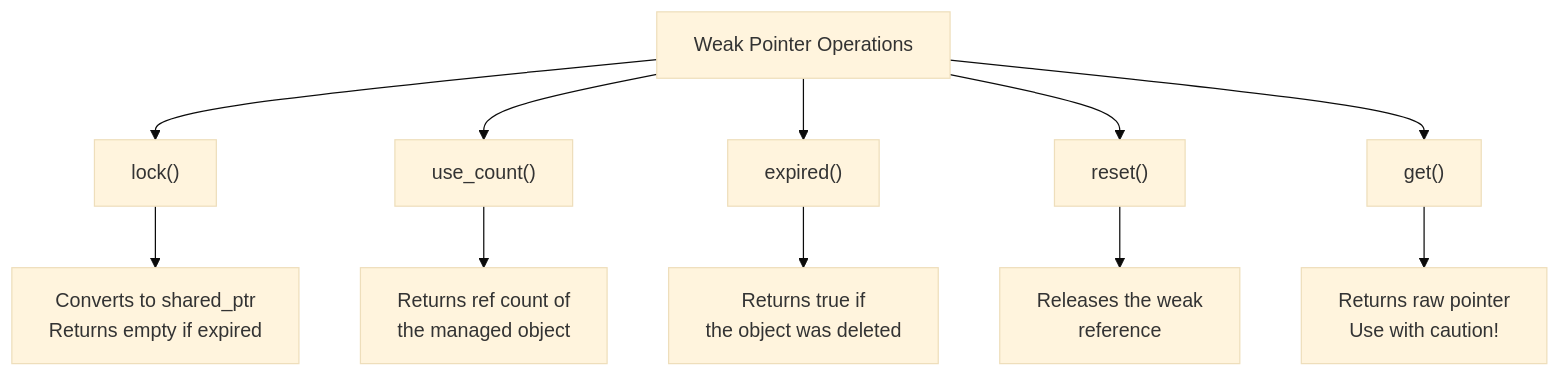
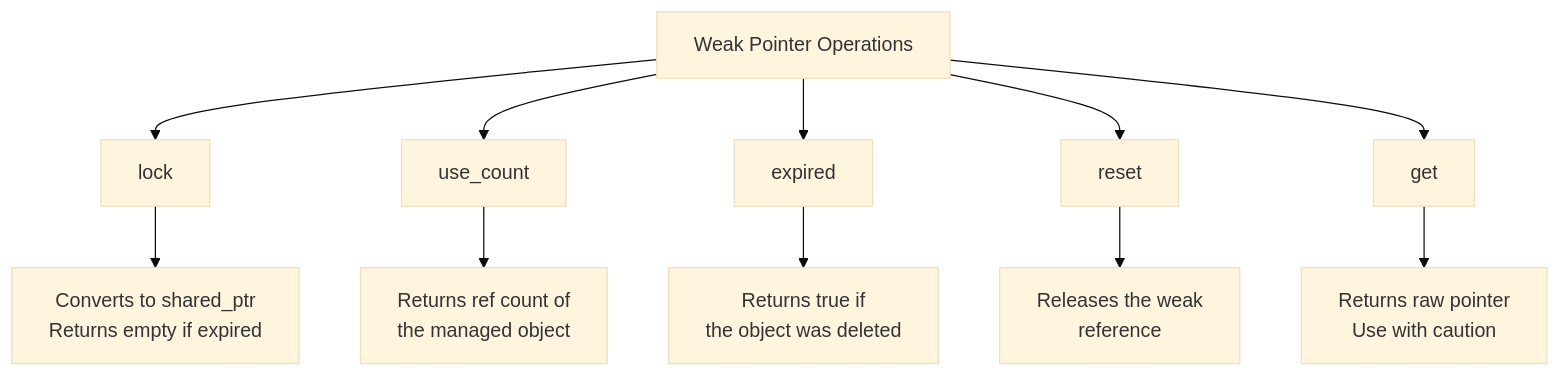
One commit to sushmitassathe25/Cpp-Pointers changed the seventh of 11 diagrams in Weak pointers.md. Above: the diagram before and after it, drawn with Mermaid (base theme). The commit also changed other lines of this file, not shown here.

Commit message:
Fix mermaid diagram syntax in Weak Pointer Lifecycle section

````diff
--- a/Weak pointers.md
+++ b/Weak pointers.md
@@ -301,14 +301,14 @@
 ```mermaid
 graph TD
-    A["Weak Pointer Operations"] --> B["lock()"]
-    A --> C["use_count()"]
-    A --> D["expired()"]
-    A --> E["reset()"]
-    A --> F["get()"]
+    A["Weak Pointer Operations"] --> B["lock"]
+    A --> C["use_count"]
+    A --> D["expired"]
+    A --> E["reset"]
+    A --> F["get"]
     
     B --> B1["Converts to shared_ptr<br/>Returns empty if expired"]
     C --> C1["Returns ref count of<br/>the managed object"]
     D --> D1["Returns true if<br/>the object was deleted"]
     E --> E1["Releases the weak<br/>reference"]
-    F --> F1["Returns raw pointer<br/>Use with caution!"]
+    F --> F1["Returns raw pointer<br/>Use with caution"]
 ```
````
